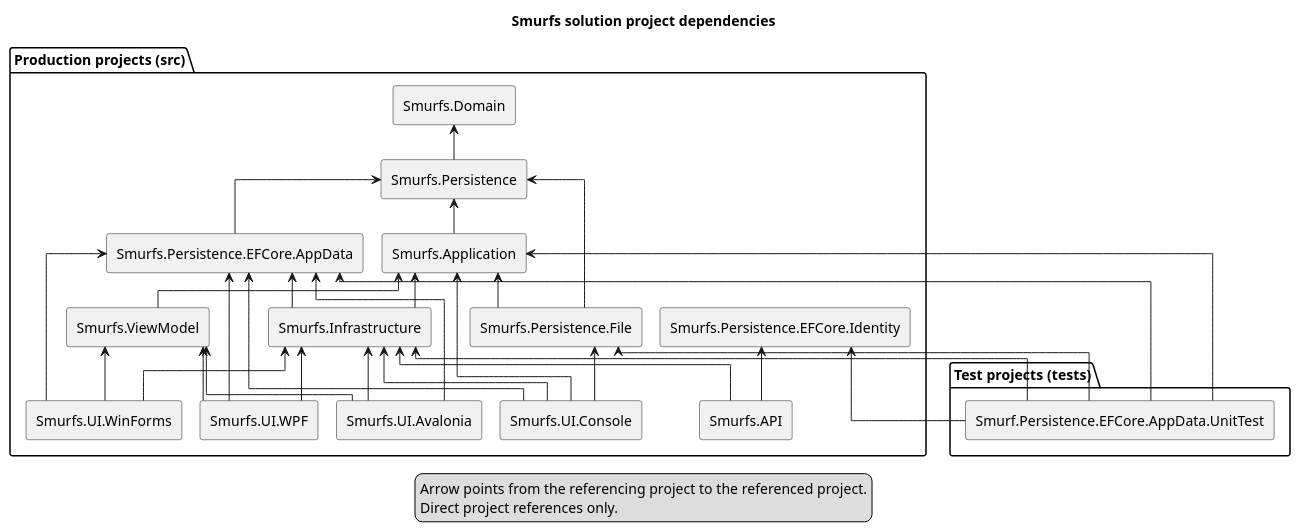
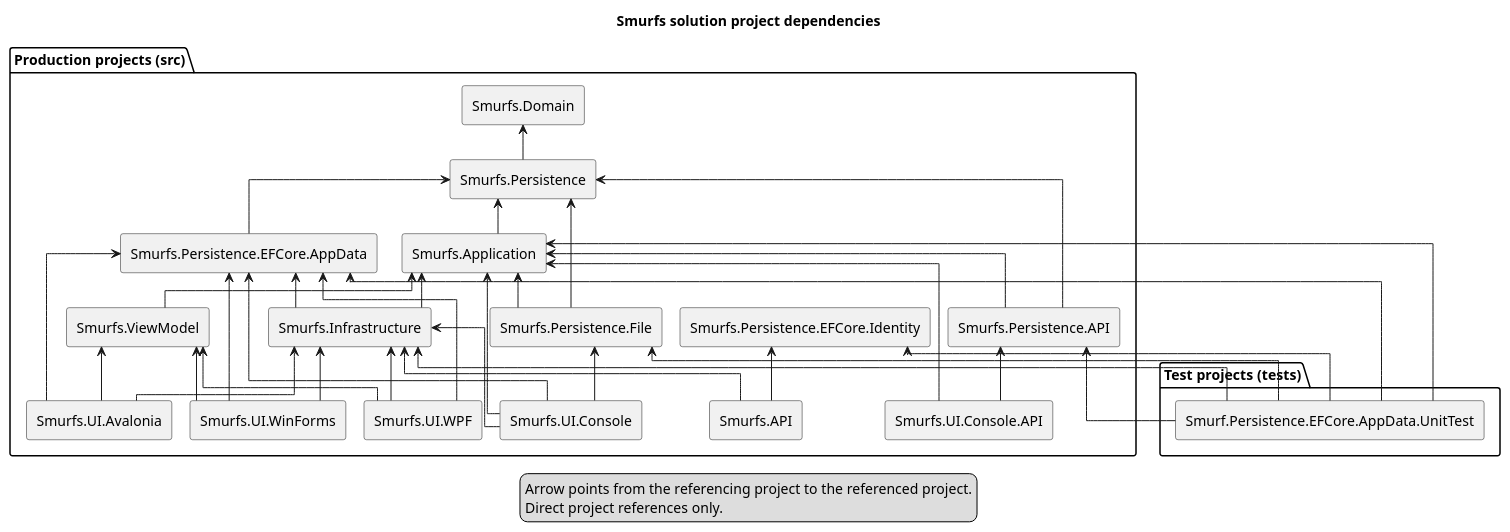
Before and after one commit to EbbeMeloSorensen/Smurfs: the diagram in docs/structural/diagrams/project-dependencies.puml, drawn with PlantUML. The commit also changed 27 other files, not shown here.

Commit message:
Add authenticated API console with paged Smurf browsing

```diff
--- a/docs/structural/diagrams/project-dependencies.puml
+++ b/docs/structural/diagrams/project-dependencies.puml
@@ -1,63 +1,71 @@
 @startuml
 title Smurfs solution project dependencies
 ' Keep nodes and arrows aligned with Smurfs.sln and direct ProjectReference items.
 skinparam componentStyle rectangle
 skinparam linetype ortho
 skinparam nodesep 18
 skinparam ranksep 35
 
 package "Production projects (src)" {
   component "Smurfs.API" as Smurfs_API
   component "Smurfs.Application" as Smurfs_Application
   component "Smurfs.Domain" as Smurfs_Domain
   component "Smurfs.Infrastructure" as Smurfs_Infrastructure
   component "Smurfs.Persistence" as Smurfs_Persistence
   component "Smurfs.Persistence.EFCore.AppData" as Smurfs_Persistence_EFCore_AppData
+  component "Smurfs.Persistence.API" as Smurfs_Persistence_API
+  component "Smurfs.UI.Console.API" as Smurfs_UI_Console_API
   component "Smurfs.Persistence.File" as Smurfs_Persistence_File
   component "Smurfs.Persistence.EFCore.Identity" as Smurfs_Persistence_EFCore_Identity
   component "Smurfs.UI.Avalonia" as Smurfs_UI_Avalonia
   component "Smurfs.UI.Console" as Smurfs_UI_Console
   component "Smurfs.UI.WinForms" as Smurfs_UI_WinForms
   component "Smurfs.UI.WPF" as Smurfs_UI_WPF
   component "Smurfs.ViewModel" as Smurfs_ViewModel
 }
 
 package "Test projects (tests)" {
   component "Smurf.Persistence.EFCore.AppData.UnitTest" as Smurf_Persistence_EFCore_AppData_UnitTest
 }
 
 Smurfs_API -up-> Smurfs_Infrastructure
 Smurfs_Application -up-> Smurfs_Persistence
 Smurfs_Infrastructure -up-> Smurfs_Application
 Smurfs_Infrastructure -up-> Smurfs_Persistence_EFCore_AppData
 Smurfs_API -up-> Smurfs_Persistence_EFCore_Identity
 Smurfs_Persistence -up-> Smurfs_Domain
 Smurfs_Persistence_EFCore_AppData -up-> Smurfs_Persistence
 Smurfs_UI_Avalonia -up-> Smurfs_Infrastructure
 Smurfs_UI_Avalonia -up-> Smurfs_Persistence_EFCore_AppData
 Smurfs_UI_Avalonia -up-> Smurfs_ViewModel
 Smurfs_UI_Console -up-> Smurfs_Application
 Smurfs_UI_Console -up-> Smurfs_Infrastructure
 Smurfs_UI_Console -up-> Smurfs_Persistence_EFCore_AppData
 Smurfs_UI_WinForms -up-> Smurfs_Infrastructure
 Smurfs_UI_WinForms -up-> Smurfs_Persistence_EFCore_AppData
 Smurfs_UI_WinForms -up-> Smurfs_ViewModel
 Smurfs_UI_WPF -up-> Smurfs_Infrastructure
 Smurfs_UI_WPF -up-> Smurfs_Persistence_EFCore_AppData
 Smurfs_UI_WPF -up-> Smurfs_ViewModel
 Smurfs_ViewModel -up-> Smurfs_Application
 Smurf_Persistence_EFCore_AppData_UnitTest -up-> Smurfs_Infrastructure
 Smurf_Persistence_EFCore_AppData_UnitTest -up-> Smurfs_Application
 Smurf_Persistence_EFCore_AppData_UnitTest -up-> Smurfs_Persistence_EFCore_AppData
 Smurf_Persistence_EFCore_AppData_UnitTest -up-> Smurfs_Persistence_EFCore_Identity
 
 Smurfs_Persistence_File -up-> Smurfs_Persistence
 Smurfs_Persistence_File -up-> Smurfs_Application
 Smurfs_UI_Console -up-> Smurfs_Persistence_File
 Smurf_Persistence_EFCore_AppData_UnitTest -up-> Smurfs_Persistence_File
 
+Smurfs_Persistence_API -up-> Smurfs_Persistence
+Smurfs_Persistence_API -up-> Smurfs_Application
+Smurfs_UI_Console_API -up-> Smurfs_Persistence_API
+Smurfs_UI_Console_API -up-> Smurfs_Application
+Smurf_Persistence_EFCore_AppData_UnitTest -up-> Smurfs_Persistence_API
+
 legend bottom
   Arrow points from the referencing project to the referenced project.
   Direct project references only.
 endlegend
 @enduml
```
